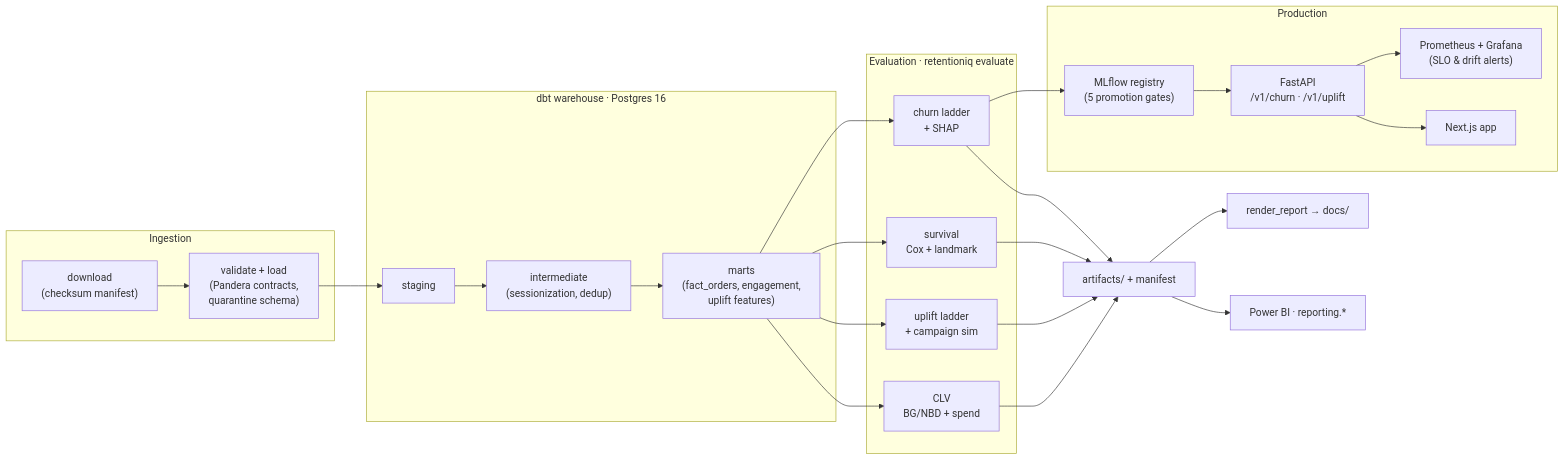
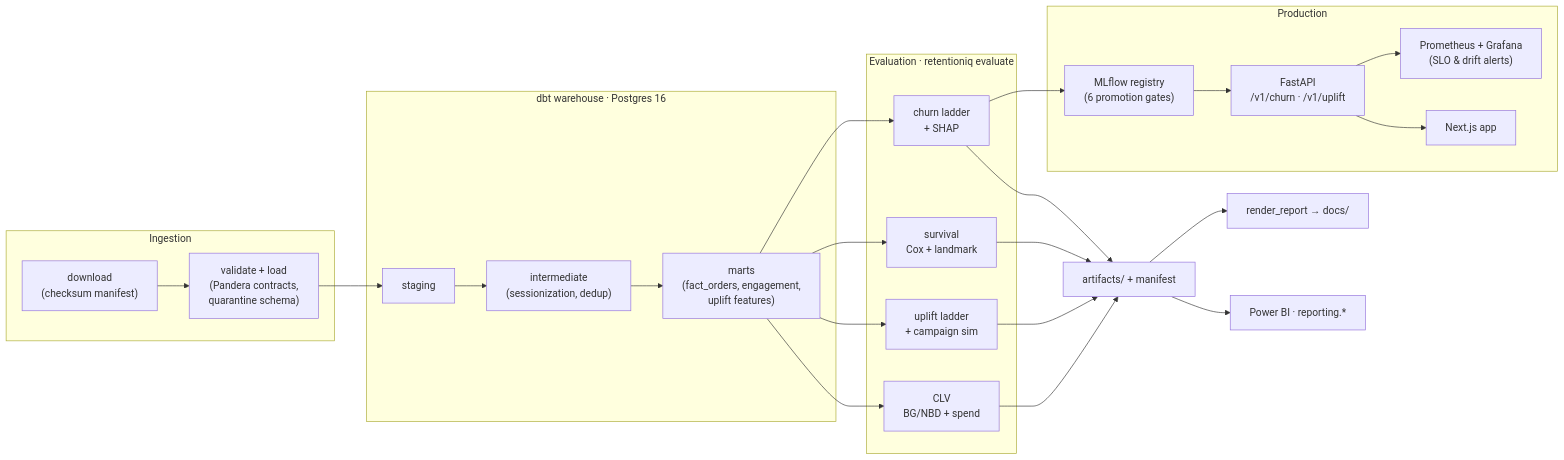
One commit to JCHETAN26/retentioniq changed the diagram in README.md. Above: the diagram before and after it, drawn with Mermaid. The commit also changed other lines of this file and 6 other files, not shown here.

First line of the commit message:
Publish spec v0.6.4 results: reproducible uplift, fast linear scoring on real data

````diff
--- a/README.md
+++ b/README.md
@@ -131,25 +132,25 @@
 ```mermaid
 flowchart LR
     subgraph Ingest["Ingestion"]
         D["download<br/>(checksum manifest)"] --> V["validate + load<br/>(Pandera contracts,<br/>quarantine schema)"]
     end
     subgraph WH["dbt warehouse · Postgres 16"]
         STG["staging"] --> INT["intermediate<br/>(sessionization, dedup)"] --> MART["marts<br/>(fact_orders, engagement,<br/>uplift features)"]
     end
     subgraph ML["Evaluation · retentioniq evaluate"]
         MART --> CHURN["churn ladder<br/>+ SHAP"]
         MART --> SURV["survival<br/>Cox + landmark"]
         MART --> UP["uplift ladder<br/>+ campaign sim"]
         MART --> CLV["CLV<br/>BG/NBD + spend"]
     end
     subgraph Ops["Production"]
-        REG["MLflow registry<br/>(5 promotion gates)"] --> API["FastAPI<br/>/v1/churn · /v1/uplift"]
+        REG["MLflow registry<br/>(6 promotion gates)"] --> API["FastAPI<br/>/v1/churn · /v1/uplift"]
         API --> PROM["Prometheus + Grafana<br/>(SLO & drift alerts)"]
         API --> WEB["Next.js app"]
     end
     V --> STG
     CHURN & SURV & UP & CLV --> ART["artifacts/ + manifest"]
     ART --> REP["render_report → docs/"]
     CHURN --> REG
     ART --> PBI["Power BI · reporting.*"]
 ```
````
